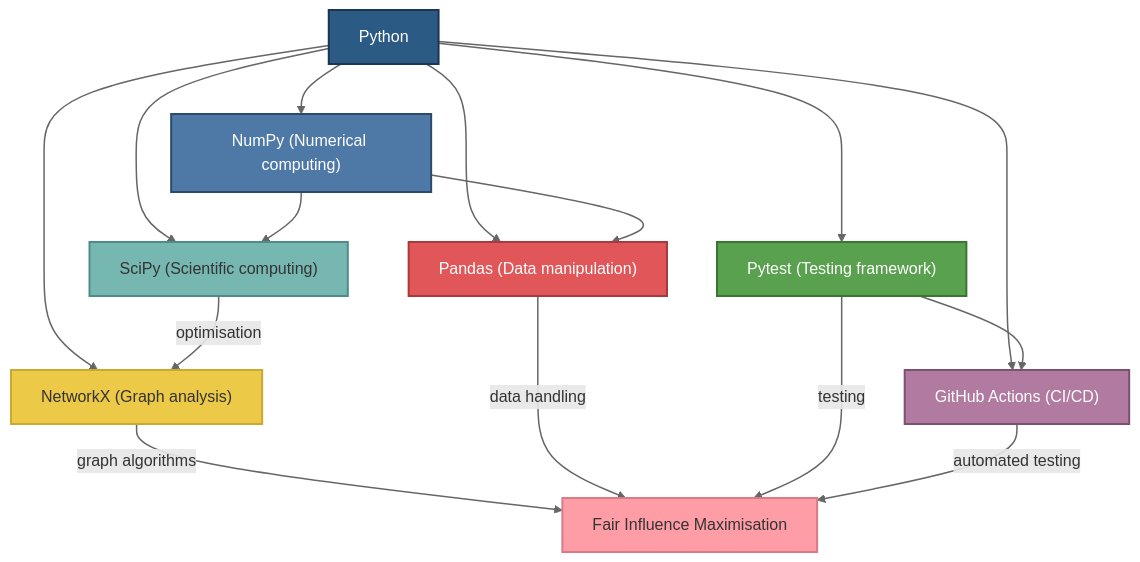
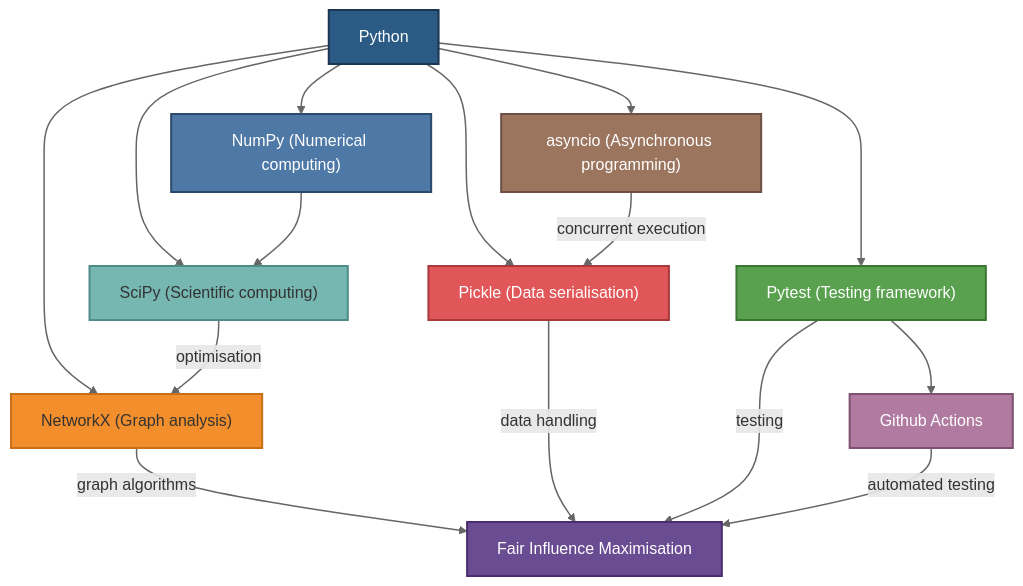
One commit to jacobhogarty/fairim-nu-cost changed the diagram in README.md. Above: the diagram before and after it, drawn with Mermaid. The commit also changed other lines of this file, not shown here.

Commit message:
Updating "Built With" mermaid diagram

````diff
--- a/README.md
+++ b/README.md
@@ -71,30 +71,33 @@
 ```mermaid
 graph TD
     Python --> NumPy["NumPy (Numerical computing)"]
-    Python --> Pandas["Pandas (Data manipulation)"]
+    Python --> Pickle["Pickle (Data serialisation)"]
     Python --> SciPy["SciPy (Scientific computing)"]
     Python --> Pytest["Pytest (Testing framework)"]
     Python --> NetworkX["NetworkX (Graph analysis)"]
-    Python --> GitHub_Actions["GitHub Actions (CI/CD)"]
+    Python --> Asyncio["asyncio (Asynchronous programming)"]
 %% Core scientific computing dependencies
     NumPy --> SciPy
-    NumPy --> Pandas
 %% Influence maximisation specific relationships
     SciPy -->|optimisation| NetworkX
     NetworkX -->|graph algorithms| Fair_Influence_Maximisation["Fair Influence Maximisation"]
-    Pandas -->|data handling| Fair_Influence_Maximisation
+    Pickle -->|data handling| Fair_Influence_Maximisation
+    Asyncio -->|concurrent execution| Pickle
 %% Testing and CI/CD
     Pytest -->|testing| Fair_Influence_Maximisation
-    Pytest --> GitHub_Actions
+    Pytest --> GitHub_Actions["Github Actions"]
     GitHub_Actions -->|automated testing| Fair_Influence_Maximisation
+
     style Python fill: #2b5b84, color: white, stroke: #1a3653
     style NumPy fill: #4e79a7, color: white, stroke: #2c4a6b
-    style Pandas fill: #e15759, color: white, stroke: #a83a3c
+    style Pickle fill: #e15759, color: white, stroke: #a83a3c
     style SciPy fill: #76b7b2, color: #333, stroke: #4f8b87
     style Pytest fill: #59a14f, color: white, stroke: #3a7532
-    style NetworkX fill: #edc948, color: #333, stroke: #c9a932
+    style NetworkX fill: #f28e2c, color: #333, stroke: #c96f17
     style GitHub_Actions fill: #b07aa1, color: white, stroke: #7d5270
-    style Fair_Influence_Maximisation fill: #ff9da7, color: #333, stroke: #d97b87
+    style Asyncio fill: #9c755f, color: white, stroke: #6e5144
+    style Fair_Influence_Maximisation fill: #6a4c93, color: white, stroke: #4a2c6f
+
     classDef default stroke-width: 2px, font-family: Helvetica
     linkStyle default stroke: #666, stroke-width: 1.5px
 ```
````
